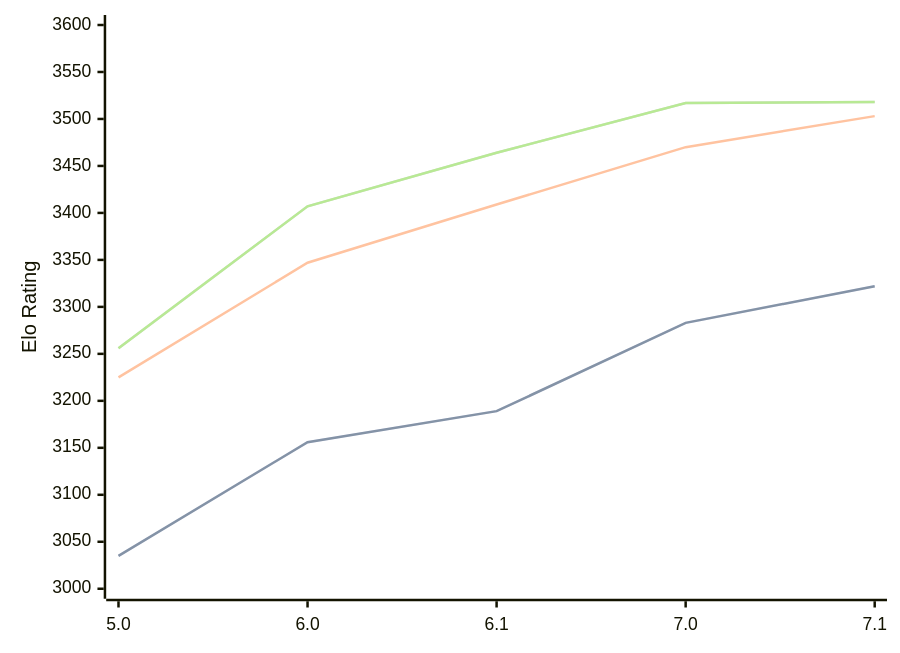
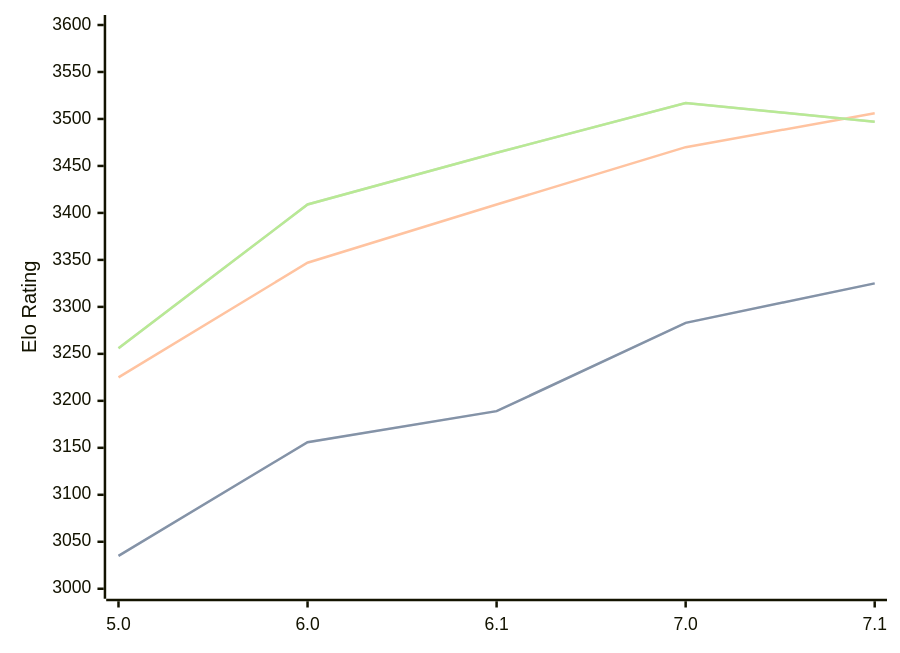
The third of 3 diagrams in engines/PZChessBot.md (computer-chess-index/cci), drawn with Mermaid before and after one commit. The commit also changed other lines of this file, not shown here.

Commit message:
Update CCI Ratings (ELO VLTC) - 2026-06-30

````diff
--- a/engines/PZChessBot.md
+++ b/engines/PZChessBot.md
@@ -77,11 +77,11 @@
 ```mermaid
 %%{init: {"theme":"base","themeVariables":{"seriesColors:['#a3a3a3','#222221','#faa371']}}}%%
 xychart-beta
   x-axis ["5.0", "6.0", "6.1", "7.0", "7.1"]
   y-axis "Elo Rating" 3000 --> 3600
-  line "STC (8.0+0.08s)" [3035, 3156, 3189, 3283, 3322]
-  line "STC (8.0+0.08s)" [3035, 3156, 3189, 3283, 3322]
-  line "LTC (60.0+0.60s)" [3225, 3347, 3409, 3470, 3503]
-  line "VLTC (2m24s+1.12s)" [3256, 3407, 3464, 3517, 3518]
-  line "VLTC (2m24s+1.12s)" [3256, 3407, 3464, 3517, 3518]
+  line "STC (8.0+0.08s)" [3035, 3156, 3189, 3283, 3325]
+  line "STC (8.0+0.08s)" [3035, 3156, 3189, 3283, 3325]
+  line "LTC (60.0+0.60s)" [3225, 3347, 3409, 3470, 3506]
+  line "VLTC (2m24s+1.12s)" [3256, 3409, 3464, 3517, 3497]
+  line "VLTC (2m24s+1.12s)" [3256, 3409, 3464, 3517, 3497]
 ```
````
